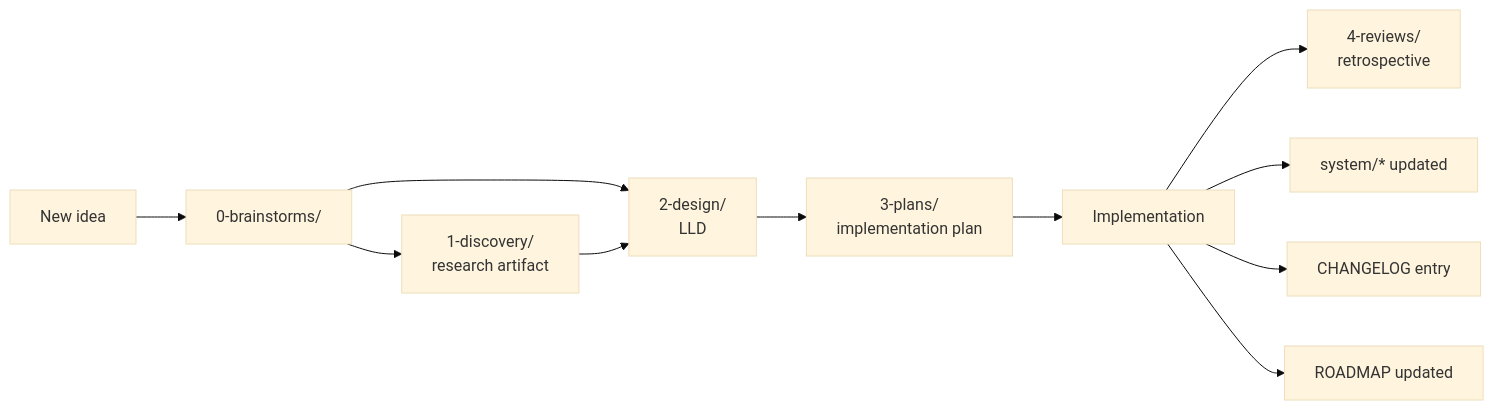
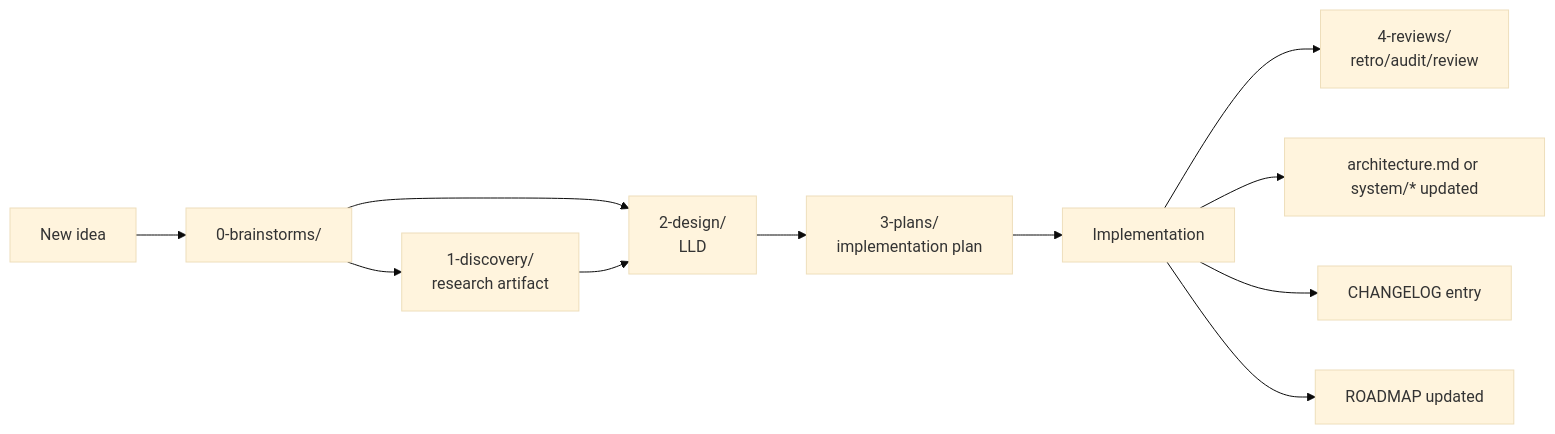
One commit to carlosboeing/agentic-toolkit changed the third of 3 diagrams in guides/guide-project-structure-and-conventions.md. Above: the diagram before and after it, drawn with Mermaid (base theme). The commit also changed other lines of this file, not shown here.

````diff
--- a/guides/guide-project-structure-and-conventions.md
+++ b/guides/guide-project-structure-and-conventions.md
@@ -422,13 +502,13 @@
 ```mermaid
 graph LR
     Idea[New idea] --> Brainstorm[0-brainstorms/]
     Brainstorm --> Discovery[1-discovery/<br/>research artifact]
     Brainstorm --> Design[2-design/<br/>LLD]
     Discovery --> Design
     Design --> Plan[3-plans/<br/>implementation plan]
     Plan --> Build[Implementation]
-    Build --> Retro[4-reviews/<br/>retrospective]
-    Build --> SystemUpdate[system/* updated]
+    Build --> Retro[4-reviews/<br/>retro/audit/review]
+    Build --> SystemUpdate[architecture.md or system/* updated]
     Build --> Changelog[CHANGELOG entry]
     Build --> Roadmap[ROADMAP updated]
 ```
````
